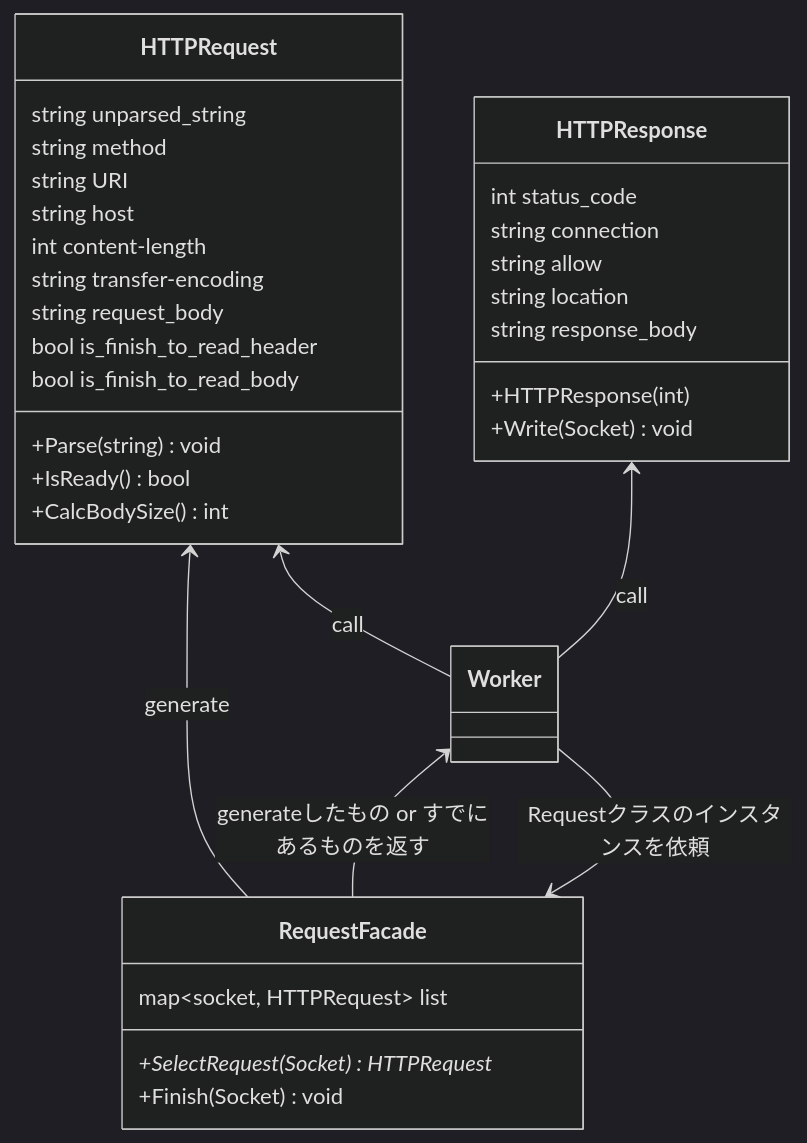
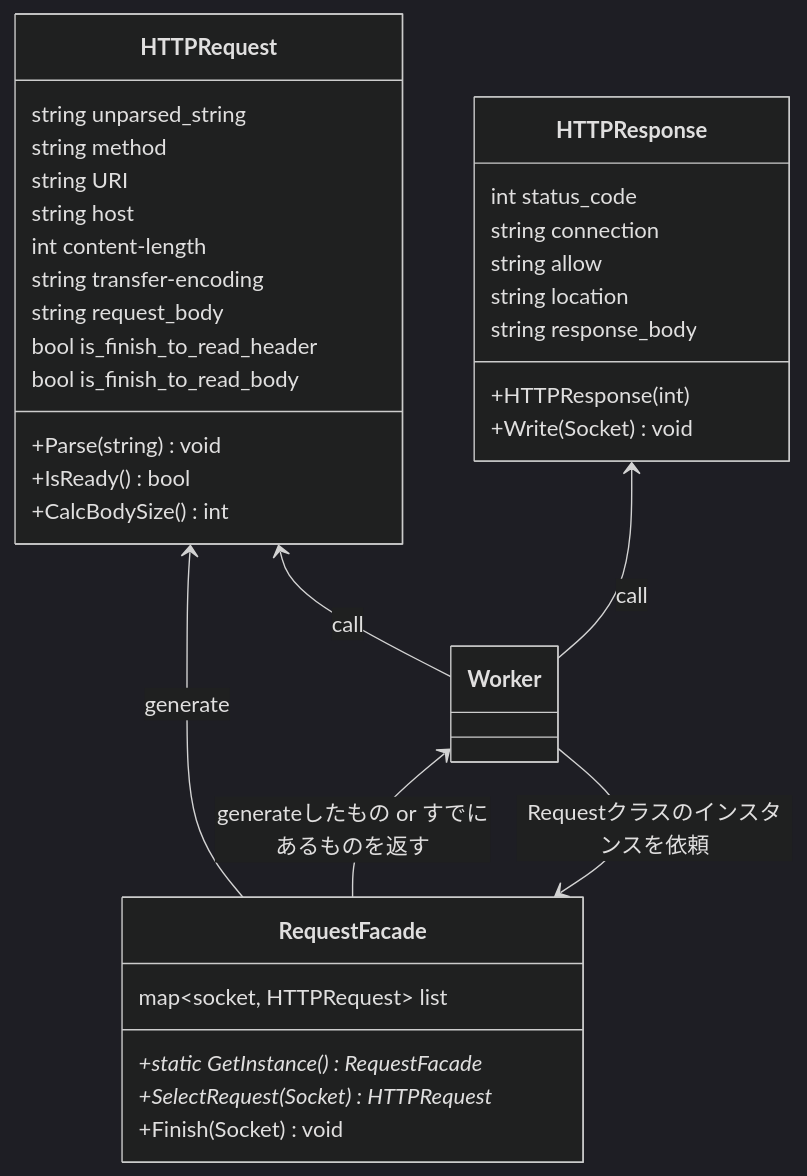
The diagram in docs/class/http_class.md (katataku/webserv), drawn with Mermaid (dark theme) before and after one commit. The commit also changed 7 other files, not shown here.

````diff
--- a/docs/class/http_class.md
+++ b/docs/class/http_class.md
@@ -1,46 +1,47 @@
 ```mermaid
 classDiagram
    class RequestFacade{
         map~socket, HTTPRequest~ list
+        +static GetInstance() RequestFacade *
         +SelectRequest(Socket) HTTPRequest*
         +Finish(Socket) void
     }
 
     %% TODO: CalcBodySize()の詳細を詰める && nginxのmax_body_sizeも確認 %%
     class HTTPRequest{
         string unparsed_string
         string method
         string URI
         string host
         int content-length
         string transfer-encoding
         string request_body
         bool is_finish_to_read_header
         bool is_finish_to_read_body
         
         +Parse(string) void
         +IsReady() bool
         +CalcBodySize() int
     }
 
     class HTTPResponse{
         int status_code
         string connection
         string allow
         string location
         string response_body
 
         +HTTPResponse(int)
         +Write(Socket) void
     }
 
 
 HTTPRequest <-- RequestFacade : generate
 
 Worker <-- RequestFacade : generateしたもの or すでにあるものを返す
 Worker --> RequestFacade : Requestクラスのインスタンスを依頼
 
 
 HTTPRequest  <--  Worker :call
 HTTPResponse  <--  Worker :call
 ```
````
